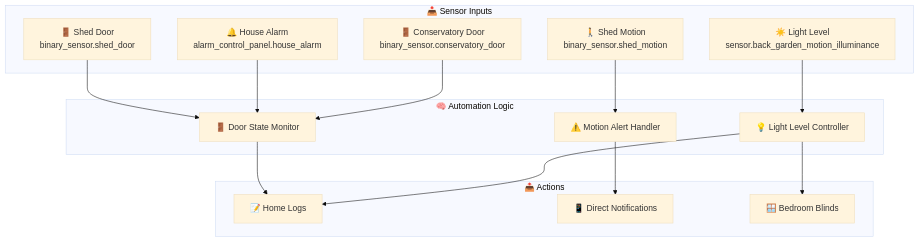
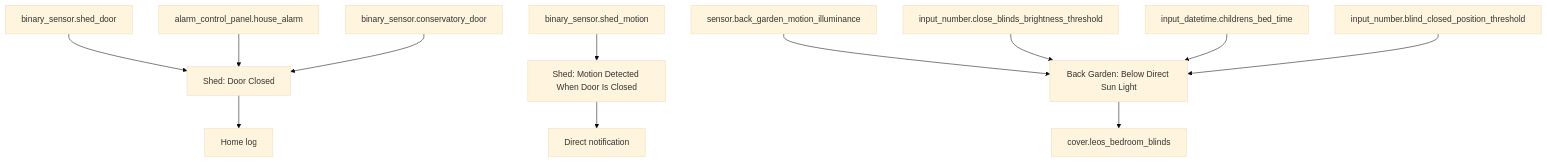
Before and after one commit to dannytsang/homeassistant-config: the first of 2 diagrams in packages/rooms/back_garden_README.md, drawn with Mermaid (base theme). The commit also changed other lines of this file and 60 other files, not shown here.

````diff
--- a/packages/rooms/back_garden_README.md
+++ b/packages/rooms/back_garden_README.md
@@ -16,33 +25,15 @@
 ```mermaid
 flowchart TB
-    subgraph Inputs["📥 Sensor Inputs"]
-        ShedDoor["🚪 Shed Door<br/>binary_sensor.shed_door"]
-        ShedMotion["🚶 Shed Motion<br/>binary_sensor.shed_motion"]
-        LightLevel["☀️ Light Level<br/>sensor.back_garden_motion_illuminance"]
-        Alarm["🔔 House Alarm<br/>alarm_control_panel.house_alarm"]
-        Conservatory["🚪 Conservatory Door<br/>binary_sensor.conservatory_door"]
-    end
+    ShedDoor[binary_sensor.shed_door] --> DoorClosed[Shed: Door Closed]
+    ShedMotion[binary_sensor.shed_motion] --> MotionAlert[Shed: Motion Detected When Door Is Closed]
+    Alarm[alarm_control_panel.house_alarm] --> DoorClosed
+    ConservatoryDoor[binary_sensor.conservatory_door] --> DoorClosed
+    LightLevel[sensor.back_garden_motion_illuminance] --> Sunlight[Back Garden: Below Direct Sun Light]
+    Threshold[input_number.close_blinds_brightness_threshold] --> Sunlight
+    Bedtime[input_datetime.childrens_bed_time] --> Sunlight
+    BlindThreshold[input_number.blind_closed_position_threshold] --> Sunlight
 
-    subgraph Logic["🧠 Automation Logic"]
-        DoorMonitor["🚪 Door State Monitor"]
-        MotionAlert["⚠️ Motion Alert Handler"]
-        LightCtrl["💡 Light Level Controller"]
-    end
-
-    subgraph Outputs["📤 Actions"]
-        Logs["📝 Home Logs"]
-        Notifications["📱 Direct Notifications"]
-        Blinds["🪟 Bedroom Blinds"]
-    end
-
-    ShedDoor --> DoorMonitor
-    ShedMotion --> MotionAlert
-    LightLevel --> LightCtrl
-    Alarm --> DoorMonitor
-    Conservatory --> DoorMonitor
-
-    DoorMonitor --> Logs
-    MotionAlert --> Notifications
-    LightCtrl --> Logs
-    LightCtrl --> Blinds
+    DoorClosed --> Log[Home log]
+    MotionAlert --> Notify[Direct notification]
+    Sunlight --> LeoBlinds[cover.leos_bedroom_blinds]
 ```
````
